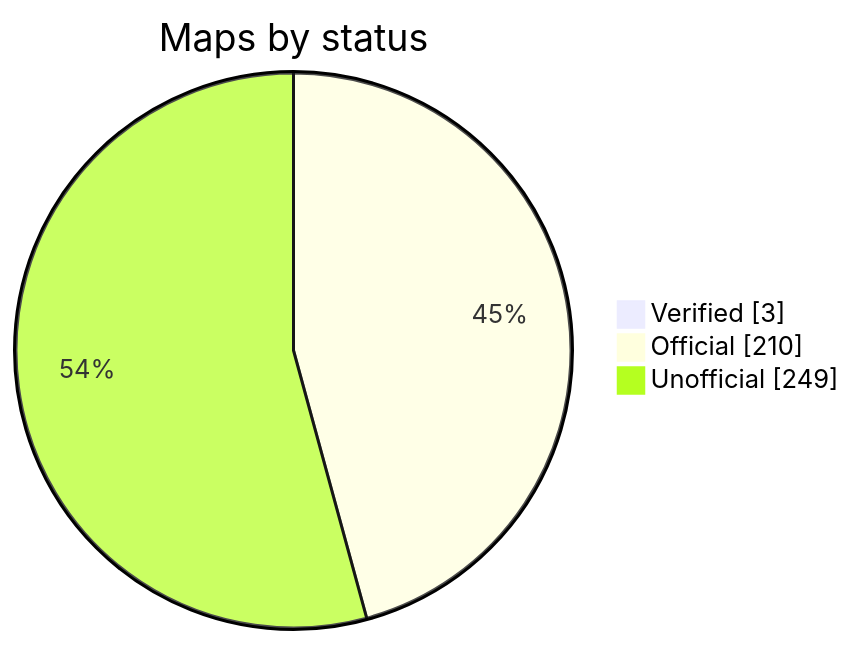
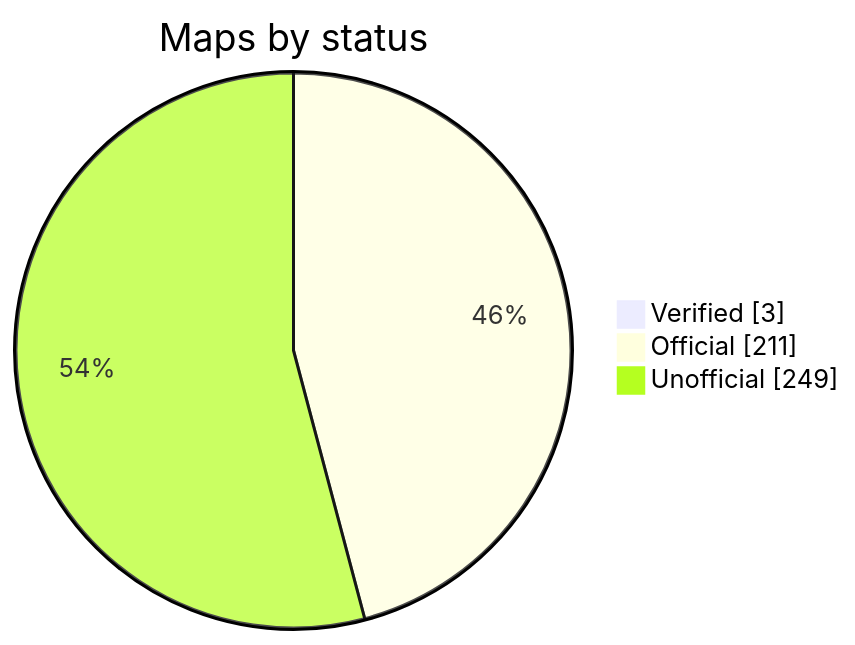
Before and after one commit to nobrega8/mbmap-library: the diagram in README.md, drawn with Mermaid. The commit also changed 2 other files, not shown here.

Commit message:
Add LG PMBUSB00A Modbus gateway (Therma V / Hydrokit)

````diff
--- a/README.md
+++ b/README.md
@@ -48,7 +48,7 @@
 ```mermaid
 pie showData
     title Maps by status
     "Verified" : 3
-    "Official" : 210
+    "Official" : 211
     "Unofficial" : 249
 ```
````
